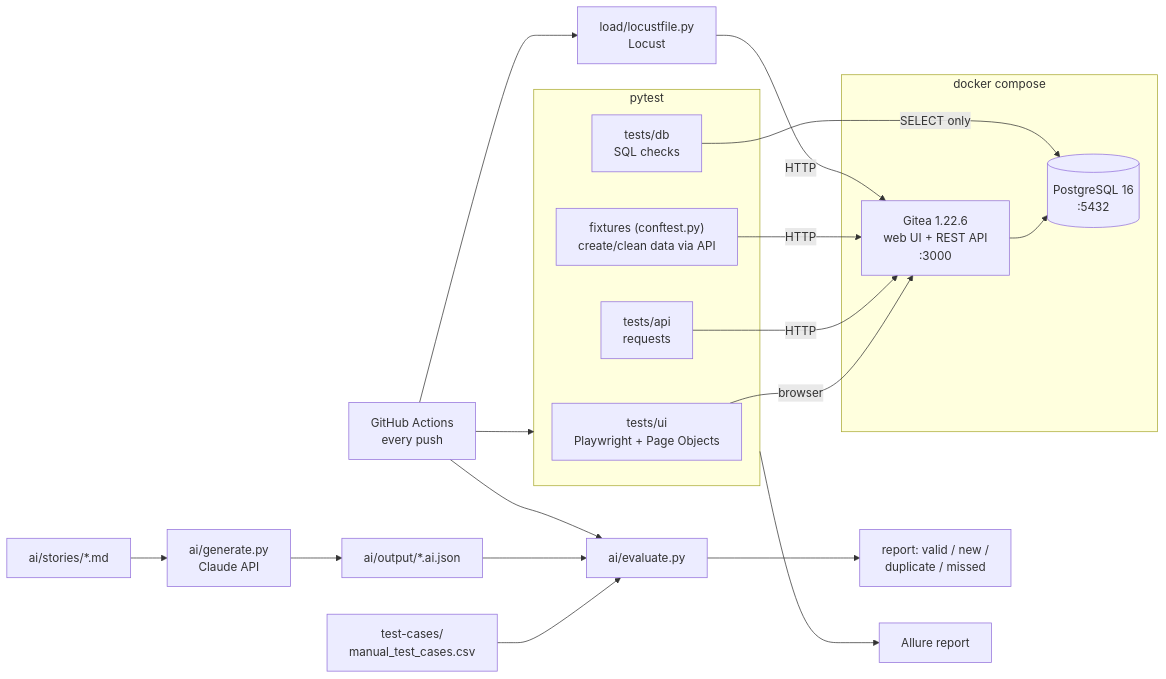
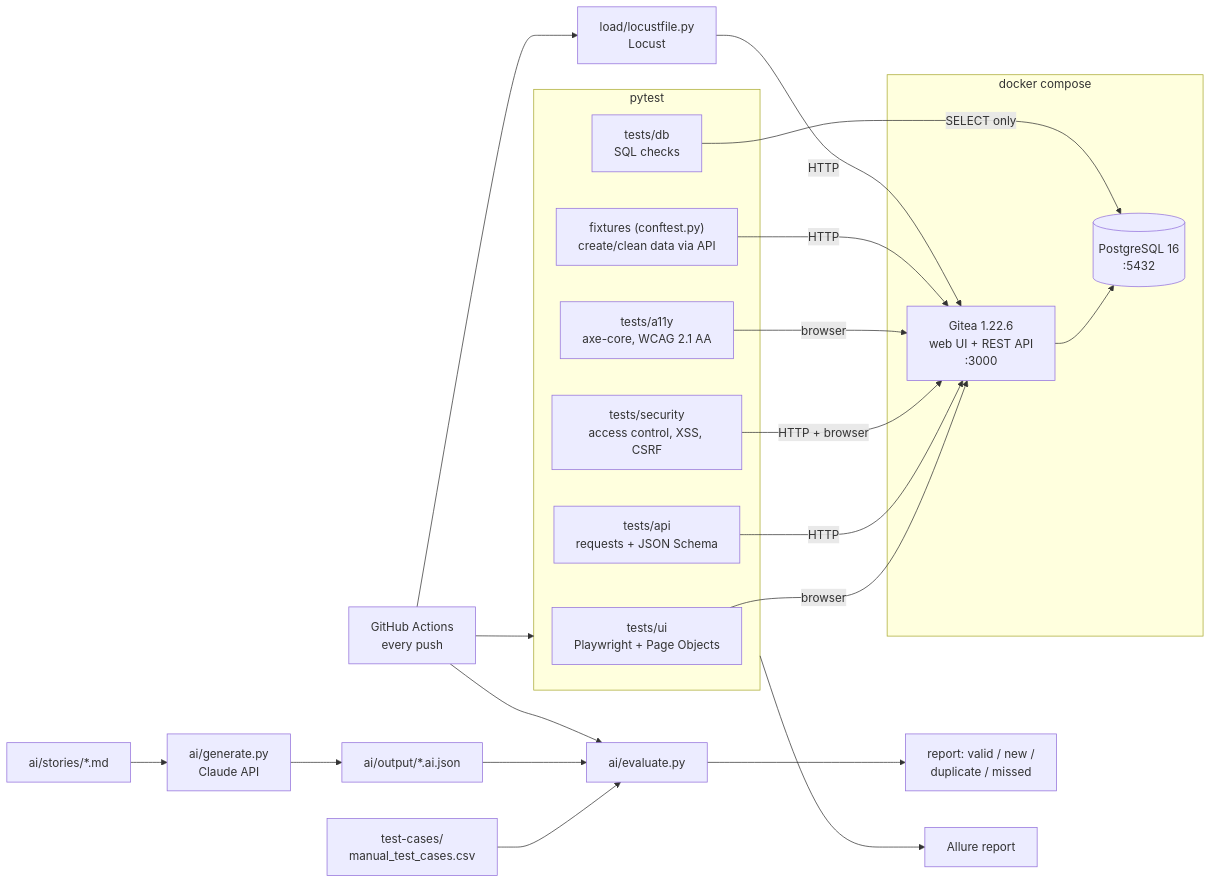
Before and after one commit to roy032/qualitylens: the diagram in README.md, drawn with Mermaid. The commit also changed other lines of this file and 41 other files, not shown here.

First line of the commit message:
Add security, accessibility and contract tests; parallel CI with trends and flake hunt

````diff
--- a/README.md
+++ b/README.md
@@ -22,26 +25,30 @@
 ```mermaid
 flowchart LR
     subgraph Docker["docker compose"]
         G["Gitea 1.22.6<br/>web UI + REST API<br/>:3000"] --> P[("PostgreSQL 16<br/>:5432")]
     end
 
     subgraph Suite["pytest"]
         UI["tests/ui<br/>Playwright + Page Objects"]
-        API["tests/api<br/>requests"]
+        API["tests/api<br/>requests + JSON Schema"]
+        SEC["tests/security<br/>access control, XSS, CSRF"]
+        A11Y["tests/a11y<br/>axe-core, WCAG 2.1 AA"]
         DB["tests/db<br/>SQL checks"]
         F["fixtures (conftest.py)<br/>create/clean data via API"]
     end
 
     UI -- browser --> G
     API -- HTTP --> G
+    SEC -- "HTTP + browser" --> G
+    A11Y -- browser --> G
     F -- HTTP --> G
     DB -- "SELECT only" --> P
     L["load/locustfile.py<br/>Locust"] -- HTTP --> G
 
     S["ai/stories/*.md"] --> GEN["ai/generate.py<br/>Claude API"] --> J["ai/output/*.ai.json"]
     M["test-cases/<br/>manual_test_cases.csv"] --> EV["ai/evaluate.py"]
     J --> EV --> R["report: valid / new /<br/>duplicate / missed"]
 
     Suite --> AL["Allure report"]
     CI["GitHub Actions<br/>every push"] --> Suite & L & EV
 ```
````
